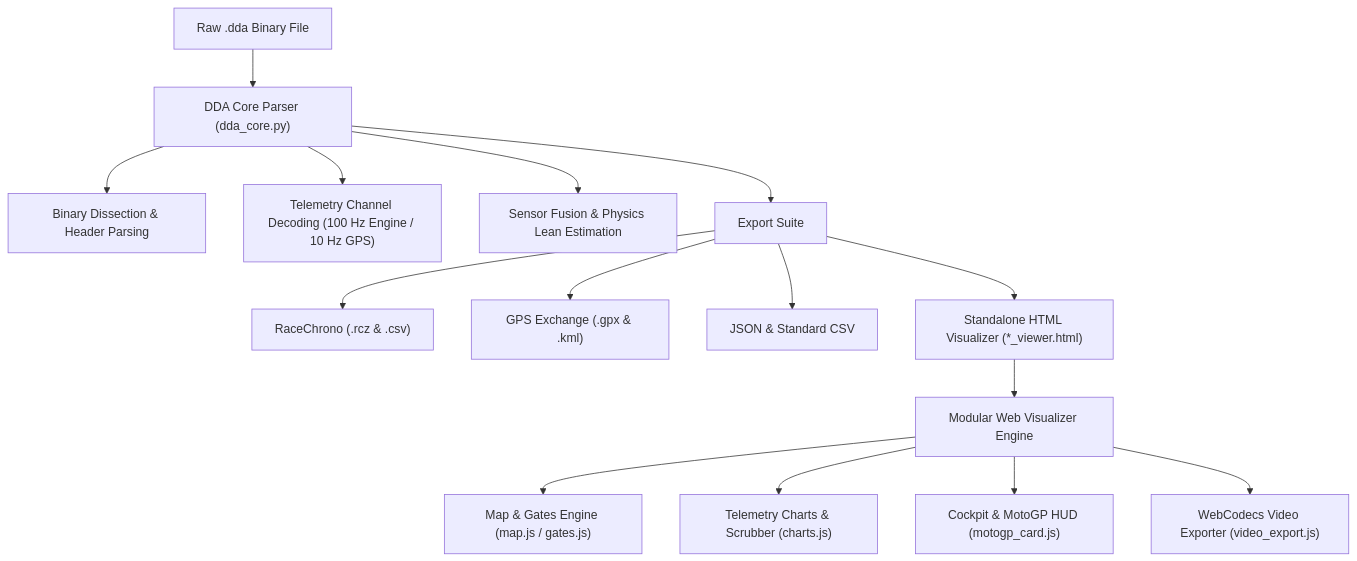
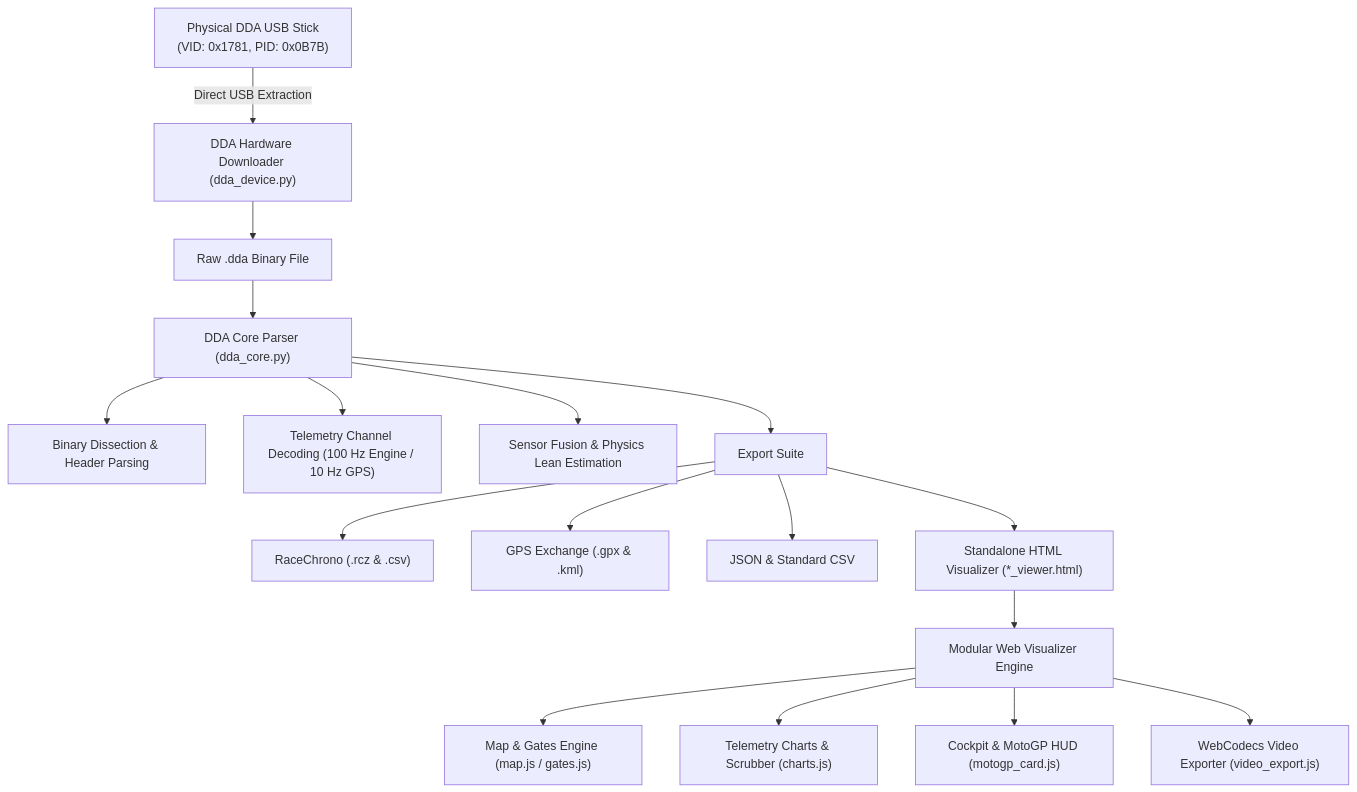
Before and after one commit to slowfastguy/DDA_Reader: the diagram in pi.md, drawn with Mermaid. The commit also changed other lines of this file and 1 other file, not shown here.

Commit message:
docs: Add dda-download.md hardware guide and update master project pi.md

````diff
--- a/pi.md
+++ b/pi.md
@@ -19,19 +20,22 @@
 ```mermaid
 flowchart TD
-    A["Raw .dda Binary File"] --> B["DDA Core Parser (dda_core.py)"]
+    A1["Physical DDA USB Stick\n(VID: 0x1781, PID: 0x0B7B)"] -->|"Direct USB Extraction"| A2["DDA Hardware Downloader (dda_device.py)"]
+    A2 --> A["Raw .dda Binary File"]
+    
+    A --> B["DDA Core Parser (dda_core.py)"]
     B --> C["Binary Dissection & Header Parsing"]
     B --> D["Telemetry Channel Decoding (100 Hz Engine / 10 Hz GPS)"]
     B --> E["Sensor Fusion & Physics Lean Estimation"]
     
     B --> F["Export Suite"]
     F --> G1["RaceChrono (.rcz & .csv)"]
     F --> G2["GPS Exchange (.gpx & .kml)"]
     F --> G3["JSON & Standard CSV"]
     F --> G4["Standalone HTML Visualizer (*_viewer.html)"]
 
     G4 --> H["Modular Web Visualizer Engine"]
     H --> I1["Map & Gates Engine (map.js / gates.js)"]
     H --> I2["Telemetry Charts & Scrubber (charts.js)"]
     H --> I3["Cockpit & MotoGP HUD (motogp_card.js)"]
     H --> I4["WebCodecs Video Exporter (video_export.js)"]
 ```
````
